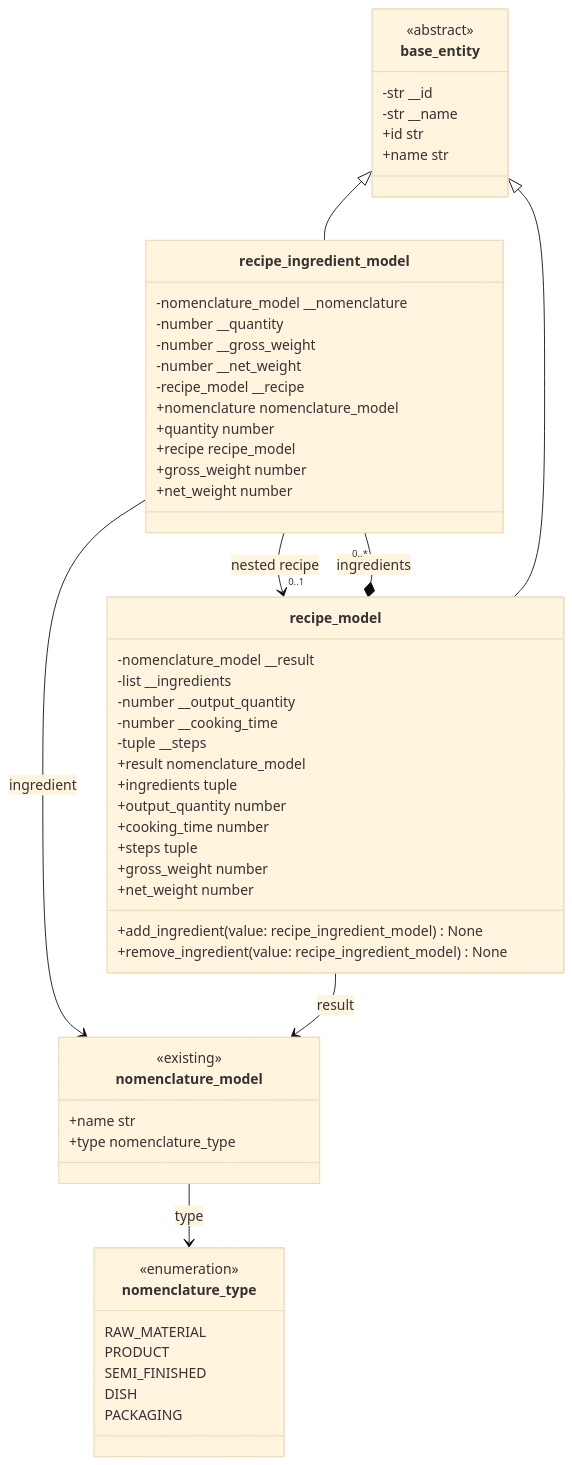
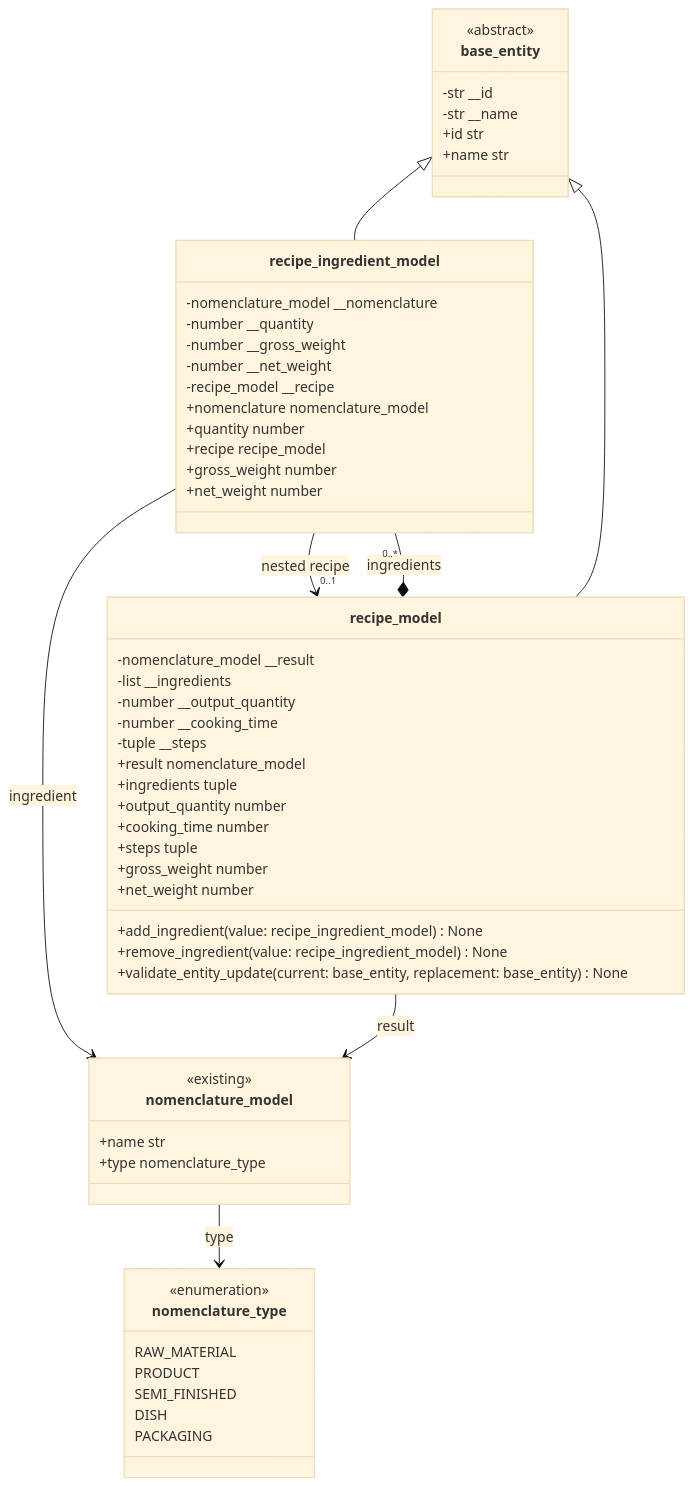
One commit to NikShep21/patterns2026 changed the diagram in Docs/UML/RecipeModels.md. Above: the diagram before and after it, drawn with Mermaid (base theme). The commit also changed 4 other files, not shown here.

````diff
--- a/Docs/UML/RecipeModels.md
+++ b/Docs/UML/RecipeModels.md
@@ -5,66 +5,67 @@
 ```mermaid
 classDiagram
     direction TB
 
     class base_entity {
         <<abstract>>
         -str __id
         -str __name
         +id str
         +name str
     }
 
     class nomenclature_model {
         <<existing>>
         +name str
         +type nomenclature_type
     }
 
     class nomenclature_type {
         <<enumeration>>
         RAW_MATERIAL
         PRODUCT
         SEMI_FINISHED
         DISH
         PACKAGING
     }
 
     class recipe_ingredient_model {
         -nomenclature_model __nomenclature
         -number __quantity
         -number __gross_weight
         -number __net_weight
         -recipe_model __recipe
         +nomenclature nomenclature_model
         +quantity number
         +recipe recipe_model
         +gross_weight number
         +net_weight number
     }
 
     class recipe_model {
         -nomenclature_model __result
         -list __ingredients
         -number __output_quantity
         -number __cooking_time
         -tuple __steps
         +result nomenclature_model
         +ingredients tuple
         +output_quantity number
         +cooking_time number
         +steps tuple
         +gross_weight number
         +net_weight number
         +add_ingredient(value: recipe_ingredient_model) None
         +remove_ingredient(value: recipe_ingredient_model) None
+        +validate_entity_update(current: base_entity, replacement: base_entity) None
     }
 
     base_entity <|-- recipe_ingredient_model
     base_entity <|-- recipe_model
 
     recipe_ingredient_model --> nomenclature_model : ingredient
     recipe_ingredient_model --> "0..1" recipe_model : nested recipe
     recipe_model --> nomenclature_model : result
     recipe_model *-- "0..*" recipe_ingredient_model : ingredients
     nomenclature_model --> nomenclature_type : type
 ```
````
